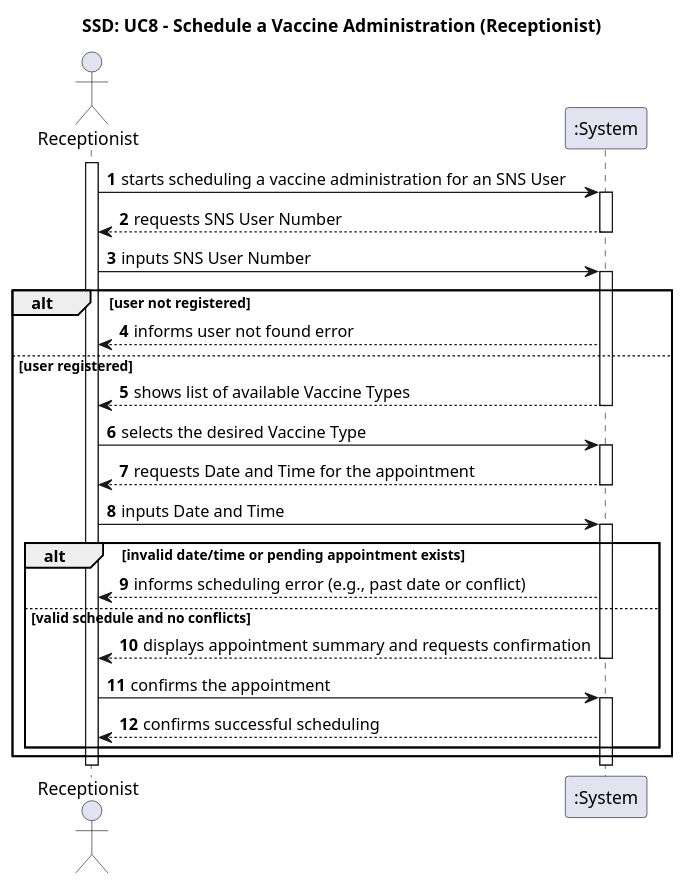
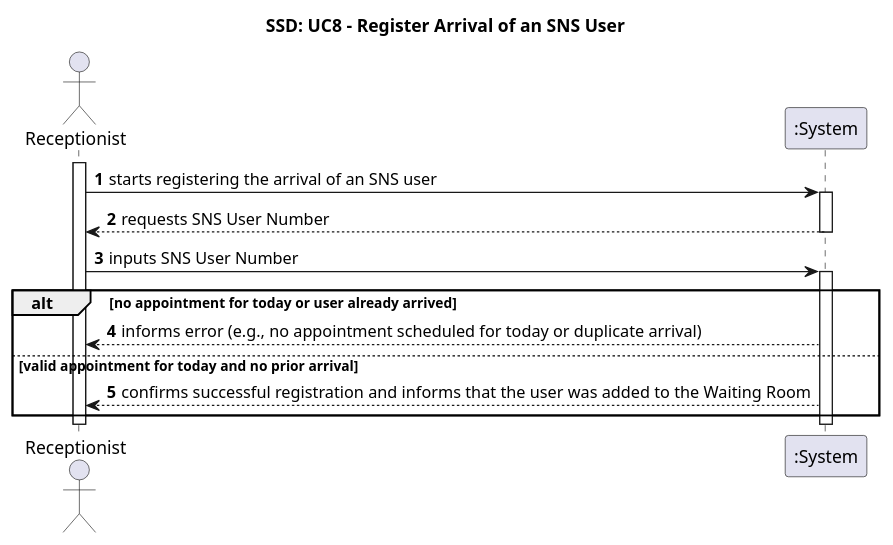
The diagram in Documentation/Use Cases/UC8/puml/UC8-SSD.puml (Andre-1240567/fsoft2026_1DD_1), drawn with PlantUML before and after one commit. The commit also changed 36 other files, not shown here.

```diff
--- a/Documentation/Use Cases/UC8/puml/UC8-SSD.puml
+++ b/Documentation/Use Cases/UC8/puml/UC8-SSD.puml
@@ -1,46 +1,26 @@
-@startuml SSD_ScheduleVaccine_Receptionist
-title SSD: UC8 - Schedule a Vaccine Administration (Receptionist)
+@startuml SSD_RegisterArrival
+title SSD: UC8 - Register Arrival of an SNS User
 
 actor "Receptionist" as Rec
 participant ":System" as System
 
 autonumber
 activate Rec
 
-Rec -> System: starts scheduling a vaccine administration for an SNS User
+Rec -> System: starts registering the arrival of an SNS user
 activate System
 System --> Rec: requests SNS User Number
 deactivate System
 
 Rec -> System: inputs SNS User Number
 activate System
 
-alt user not registered
-    System --> Rec: informs user not found error
-else user registered
-    System --> Rec: shows list of available Vaccine Types
-    deactivate System
-
-    Rec -> System: selects the desired Vaccine Type
-    activate System
-    System --> Rec: requests Date and Time for the appointment
-    deactivate System
-
-    Rec -> System: inputs Date and Time
-    activate System
-
-    alt invalid date/time or pending appointment exists
-        System --> Rec: informs scheduling error (e.g., past date or conflict)
-    else valid schedule and no conflicts
-        System --> Rec: displays appointment summary and requests confirmation
-        deactivate System
-
-        Rec -> System: confirms the appointment
-        activate System
-        System --> Rec: confirms successful scheduling
-    end
+alt no appointment for today or user already arrived
+    System --> Rec: informs error (e.g., no appointment scheduled for today or duplicate arrival)
+else valid appointment for today and no prior arrival
+    System --> Rec: confirms successful registration and informs that the user was added to the Waiting Room
 end
 
 deactivate System
 deactivate Rec
 @enduml
```
